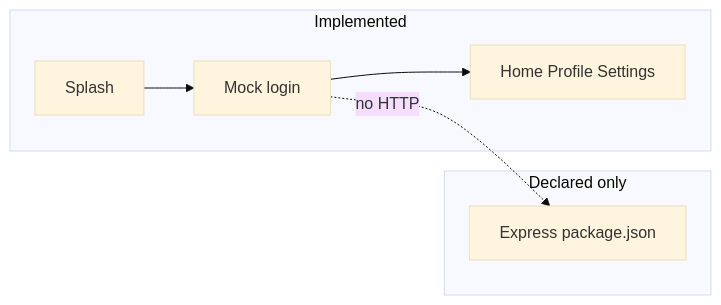
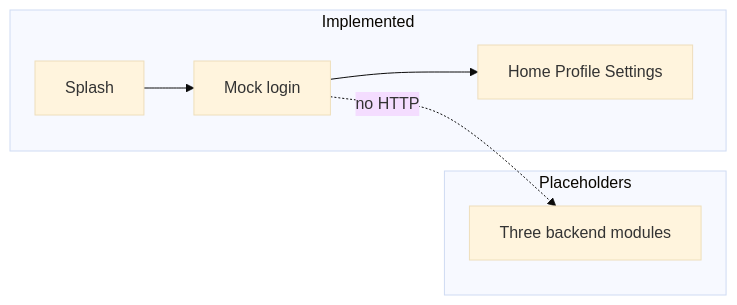
Before and after one commit to Sanskriti1804/leave-attendance-system: the diagram in documentation/architecture/overview.md, drawn with Mermaid (base theme). The commit also changed other lines of this file and 91 other files, not shown here.

Commit message:
refactor : reorganized backend into modules

````diff
--- a/documentation/architecture/overview.md
+++ b/documentation/architecture/overview.md
@@ -16,13 +25,13 @@
 ```mermaid
 flowchart LR
   subgraph implemented [Implemented]
     Splash[Splash]
     Login[Mock login]
     Tabs[Home Profile Settings]
     Splash --> Login --> Tabs
   end
-  subgraph stub [Declared only]
-    ExpressPkg[Express package.json]
+  subgraph stub [Placeholders]
+    Modules[Three backend modules]
   end
-  Login -.->|"no HTTP"| ExpressPkg
+  Login -.->|"no HTTP"| Modules
 ```
````
